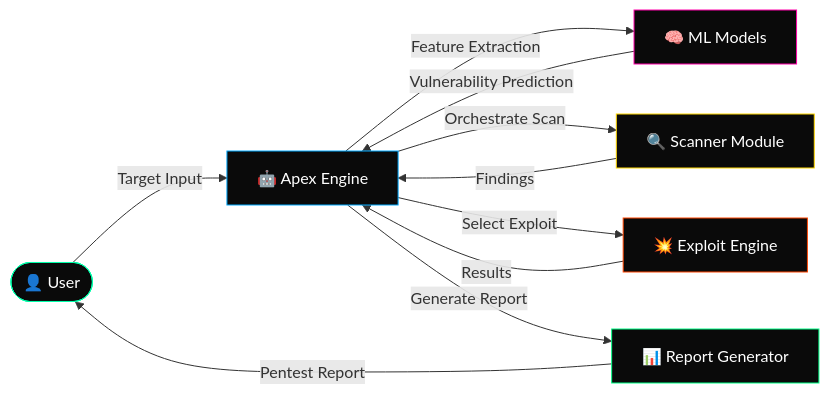
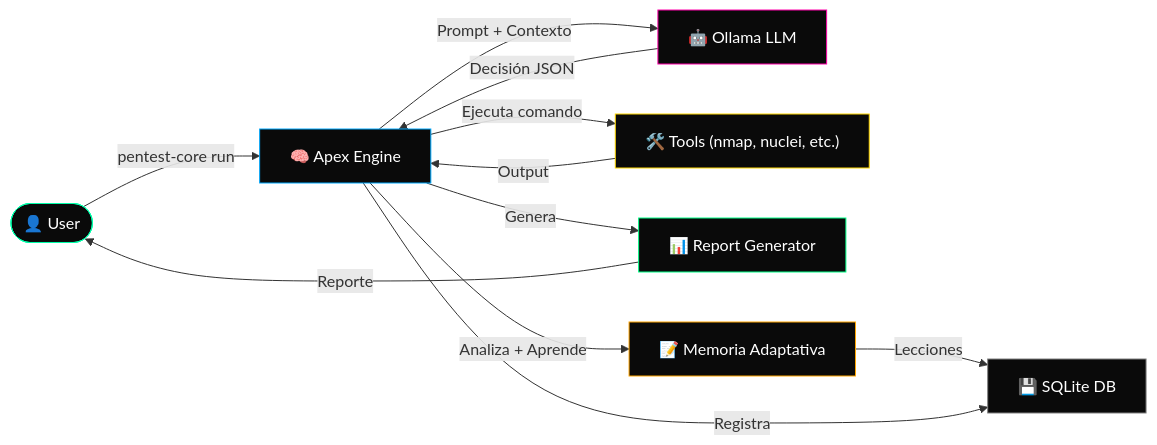
Before and after one commit to Ruby570bocadito/Apex-Automation: the diagram in README.md, drawn with Mermaid. The commit also changed other lines of this file and 1 other file, not shown here.

````diff
--- a/README.md
+++ b/README.md
@@ -27,26 +40,29 @@
 ```mermaid
 flowchart LR
     U(["👤 User"])
-    A["🤖 Apex Engine"]
-    M["🧠 ML Models"]
-    S["🔍 Scanner Module"]
-    E["💥 Exploit Engine"]
+    A["🧠 Apex Engine"]
+    L["🤖 Ollama LLM"]
+    T["🛠️ Tools (nmap, nuclei, etc.)"]
+    D["💾 SQLite DB"]
     R["📊 Report Generator"]
+    M["📝 Memoria Adaptativa"]
 
-    U -->|"Target Input"| A
-    A -->|"Feature Extraction"| M
-    M -->|"Vulnerability Prediction"| A
-    A -->|"Orchestrate Scan"| S
-    S -->|"Findings"| A
-    A -->|"Select Exploit"| E
-    E -->|"Results"| A
-    A -->|"Generate Report"| R
-    R -->|"Pentest Report"| U
+    U -->|"pentest-core run <target>"| A
+    A -->|"Prompt + Contexto"| L
+    L -->|"Decisión JSON"| A
+    A -->|"Ejecuta comando"| T
+    T -->|"Output"| A
+    A -->|"Analiza + Aprende"| M
+    M -->|"Lecciones"| D
+    A -->|"Registra"| D
+    A -->|"Genera"| R
+    R -->|"Reporte"| U
 
     style U fill:#0a0a0a,stroke:#00FFAA,color:#fff
     style A fill:#0a0a0a,stroke:#00aaff,color:#fff
-    style M fill:#0a0a0a,stroke:#FF00AA,color:#fff
-    style S fill:#0a0a0a,stroke:#FFD700,color:#fff
-    style E fill:#0a0a0a,stroke:#FF4500,color:#fff
+    style L fill:#0a0a0a,stroke:#FF00AA,color:#fff
+    style T fill:#0a0a0a,stroke:#FFD700,color:#fff
+    style D fill:#0a0a0a,stroke:#808080,color:#fff
     style R fill:#0a0a0a,stroke:#00FF87,color:#fff
+    style M fill:#0a0a0a,stroke:#FFA500,color:#fff
 ```
````
